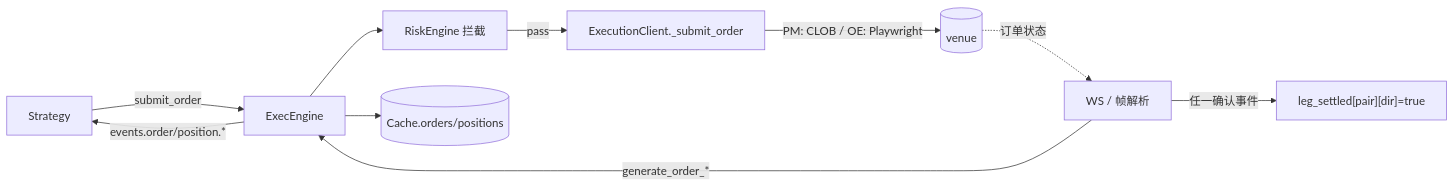
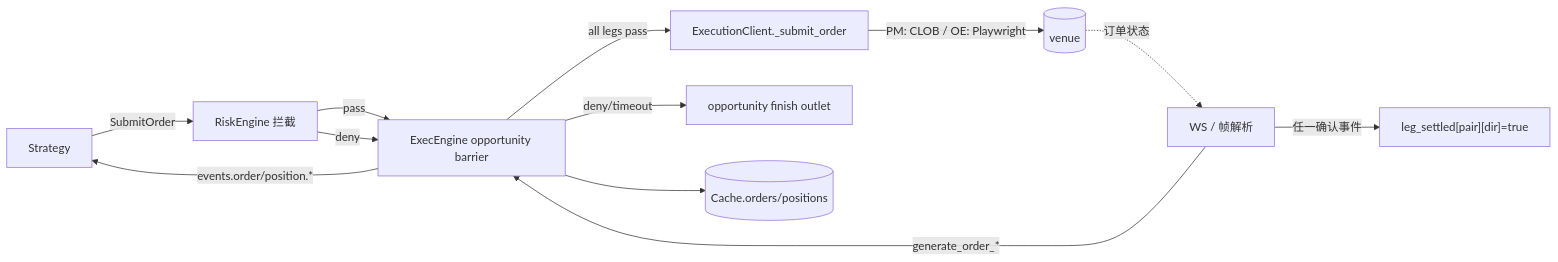
Before and after one commit to psnewer/nautilus_trader: the first of 5 diagrams in docs/arbitrage/architectures/execution/architecture.md, drawn with Mermaid. The commit also changed other lines of this file and 24 other files, not shown here.

````diff
--- a/docs/arbitrage/architectures/execution/architecture.md
+++ b/docs/arbitrage/architectures/execution/architecture.md
@@ -30,12 +31,14 @@
 ```mermaid
 flowchart LR
-  ST[Strategy] -->|submit_order| EE[ExecEngine]
-  EE --> RE[RiskEngine 拦截]
-  RE -->|pass| EC["ExecutionClient._submit_order"]
+  ST[Strategy] -->|SubmitOrder| RE[RiskEngine 拦截]
+  RE -->|pass| EE[ExecEngine opportunity barrier]
+  RE -->|deny| EE
+  EE -->|all legs pass| EC["ExecutionClient._submit_order"]
+  EE -->|deny/timeout| FIN["opportunity finish outlet"]
   EC -->|PM: CLOB / OE: Playwright| V[(venue)]
   V -.订单状态.-> WS["WS / 帧解析"]
   WS -->|generate_order_*| EE
   EE --> C[(Cache.orders/positions)]
   EE -->|events.order/position.*| ST
   WS -->|任一确认事件| LS["leg_settled[pair][dir]=true"]
 ```
````
